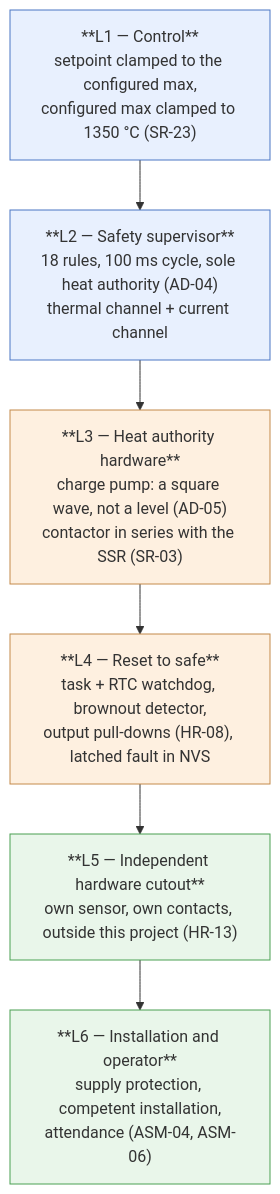
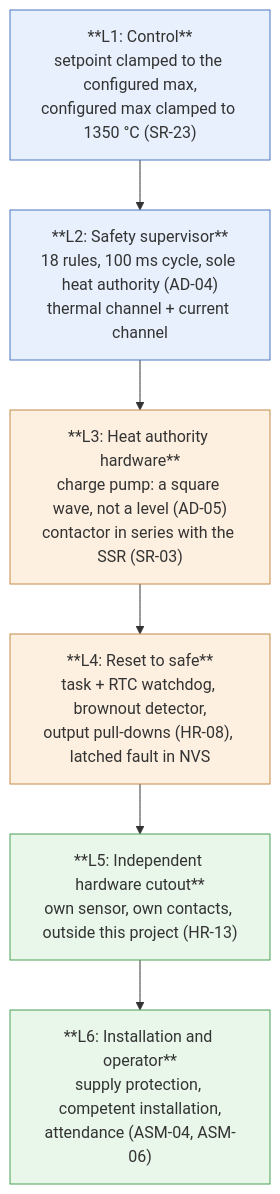
The second of 2 diagrams in docs/safety.md (bitcrushtesting/SafeKilnController), drawn with Mermaid before and after one commit. The commit also changed other lines of this file and 32 other files, not shown here.

````diff
--- a/docs/safety.md
+++ b/docs/safety.md
@@ -157,16 +159,16 @@
 ```mermaid
 flowchart TB
-    L1["**L1 — Control**<br/>setpoint clamped to the configured max,<br/>configured max clamped to 1350 °C (SR-23)"]
-    L2["**L2 — Safety supervisor**<br/>18 rules, 100 ms cycle, sole heat authority (AD-04)<br/>thermal channel + current channel"]
-    L3["**L3 — Heat authority hardware**<br/>charge pump: a square wave, not a level (AD-05)<br/>contactor in series with the SSR (SR-03)"]
-    L4["**L4 — Reset to safe**<br/>task + RTC watchdog, brownout detector,<br/>output pull-downs (HR-08), latched fault in NVS"]
-    L5["**L5 — Independent hardware cutout**<br/>own sensor, own contacts, outside this project (HR-13)"]
-    L6["**L6 — Installation and operator**<br/>supply protection, competent installation,<br/>attendance (ASM-04, ASM-06)"]
+    L1["**L1: Control**<br/>setpoint clamped to the configured max,<br/>configured max clamped to 1350 °C (SR-23)"]
+    L2["**L2: Safety supervisor**<br/>18 rules, 100 ms cycle, sole heat authority (AD-04)<br/>thermal channel + current channel"]
+    L3["**L3: Heat authority hardware**<br/>charge pump: a square wave, not a level (AD-05)<br/>contactor in series with the SSR (SR-03)"]
+    L4["**L4: Reset to safe**<br/>task + RTC watchdog, brownout detector,<br/>output pull-downs (HR-08), latched fault in NVS"]
+    L5["**L5: Independent hardware cutout**<br/>own sensor, own contacts, outside this project (HR-13)"]
+    L6["**L6: Installation and operator**<br/>supply protection, competent installation,<br/>attendance (ASM-04, ASM-06)"]
     L1 --> L2 --> L3 --> L4 --> L5 --> L6
     style L1 fill:#e8f0fe,stroke:#4a76c4
     style L2 fill:#e8f0fe,stroke:#4a76c4
     style L3 fill:#fef0e0,stroke:#c48a4a
     style L4 fill:#fef0e0,stroke:#c48a4a
     style L5 fill:#e9f6ea,stroke:#4aa052
     style L6 fill:#e9f6ea,stroke:#4aa052
 ```
````
